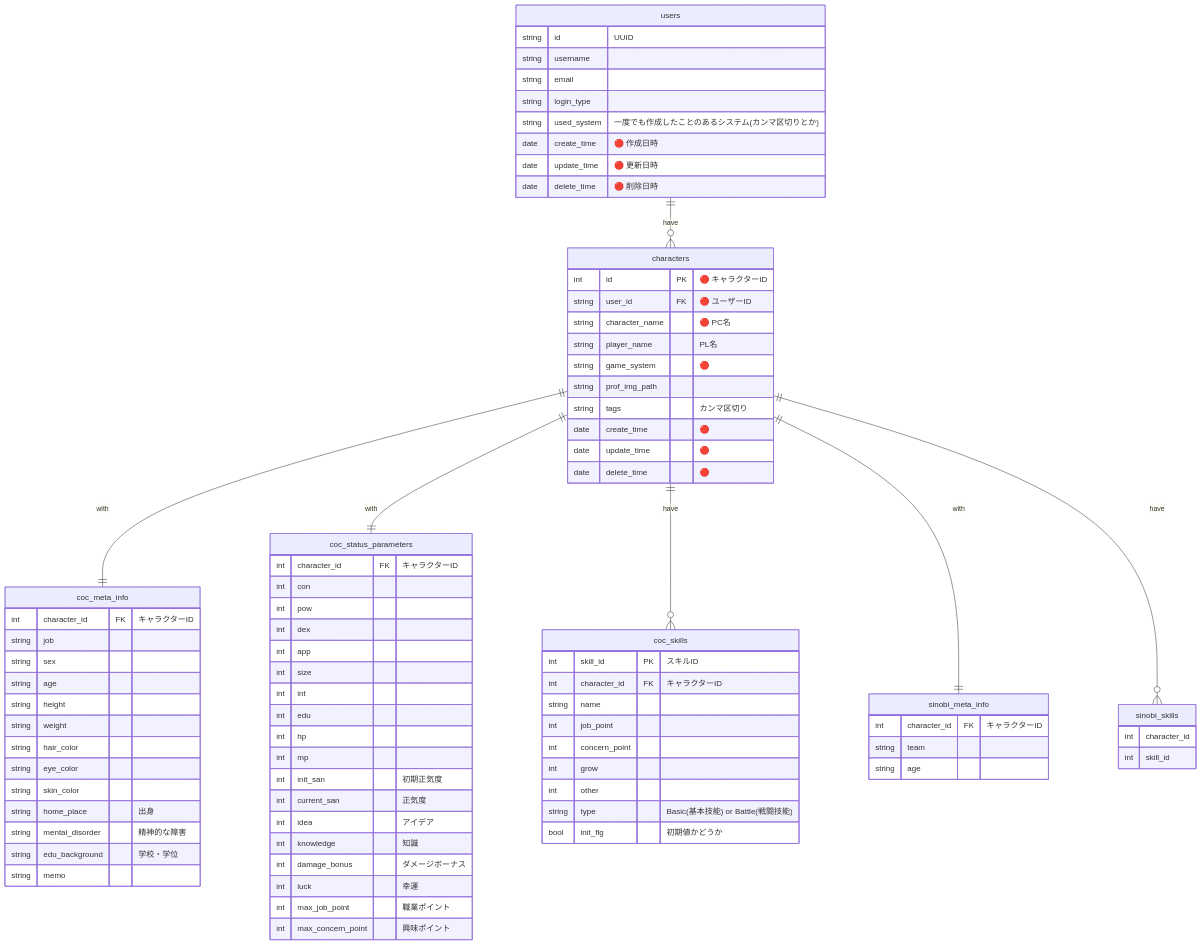
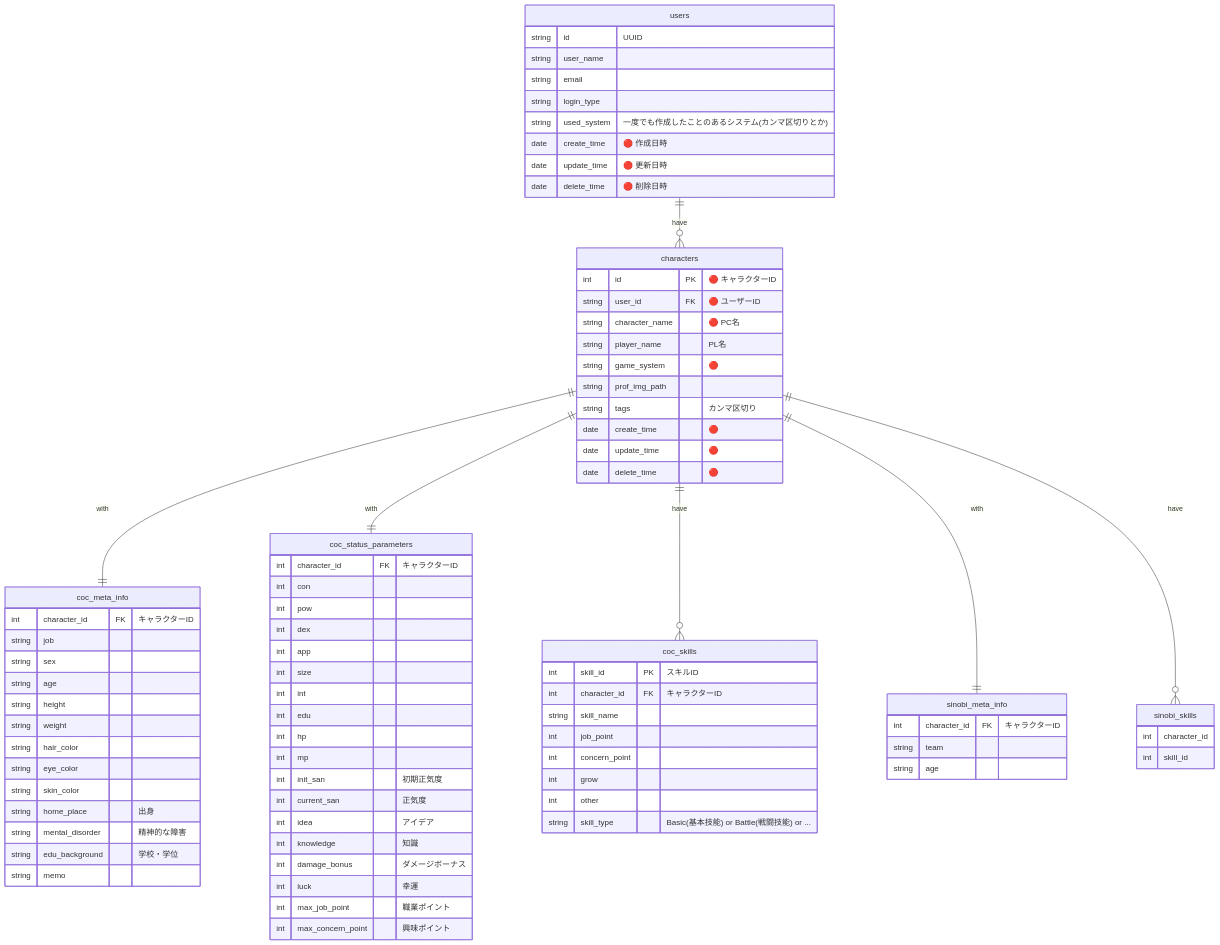
Before and after one commit to kitsystemyou/character-manager-backend: the diagram in docs/enthithi.md, drawn with Mermaid. The commit also changed 2 other files, not shown here.

Commit message:
DBまわりを修正  - ER図とDB初期化スクリプト修正
 - model修正

 - 技能の初期値フラグを削除

```diff
--- a/docs/enthithi.md
+++ b/docs/enthithi.md
@@ -11,7 +11,7 @@
 
 users {
   string id "UUID"
-  string username
+  string user_name
   string email
   string login_type
   string used_system "一度でも作成したことのあるシステム(カンマ区切りとか)"
@@ -73,13 +73,12 @@
 coc_skills {
   int skill_id PK "スキルID"
   int character_id FK "キャラクターID"
-  string name
+  string skill_name
   int job_point
   int concern_point
   int grow
   int other
-  string type "Basic(基本技能) or Battle(戦闘技能)"
-  bool init_flg "初期値かどうか"
+  string skill_type "Basic(基本技能) or Battle(戦闘技能) or ..."
 }
 
 sinobi_meta_info {
```
